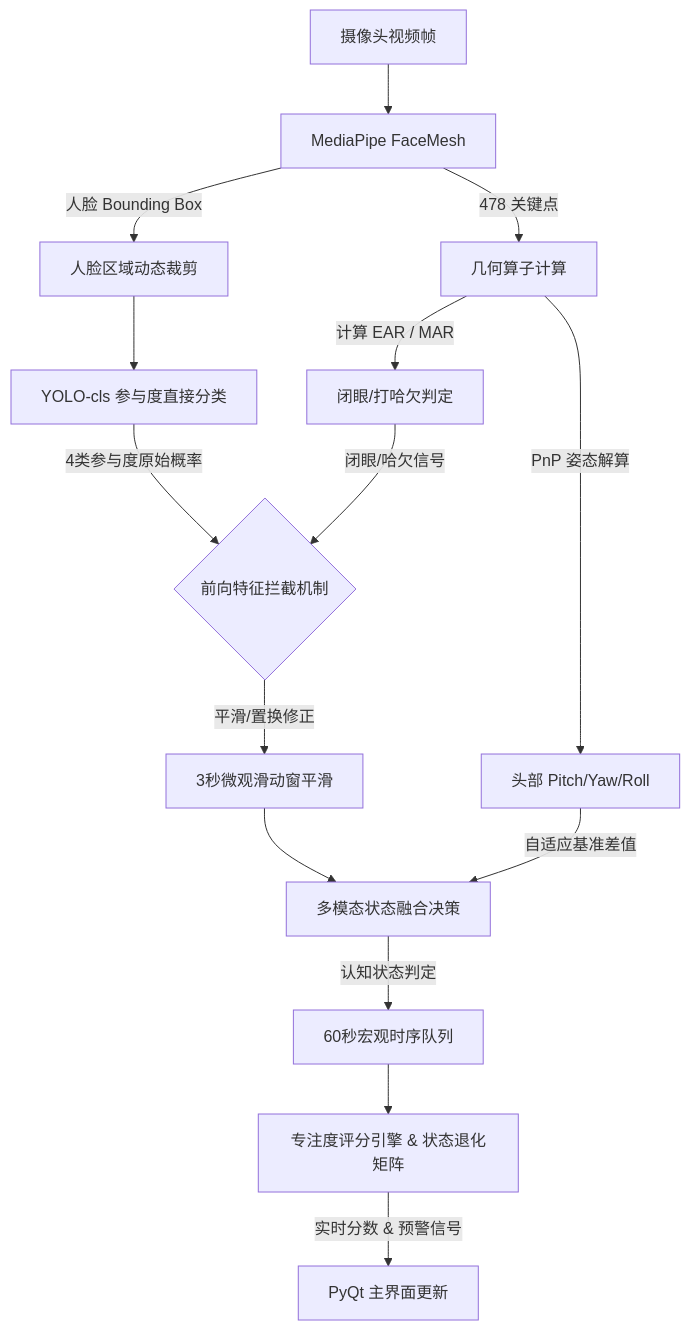
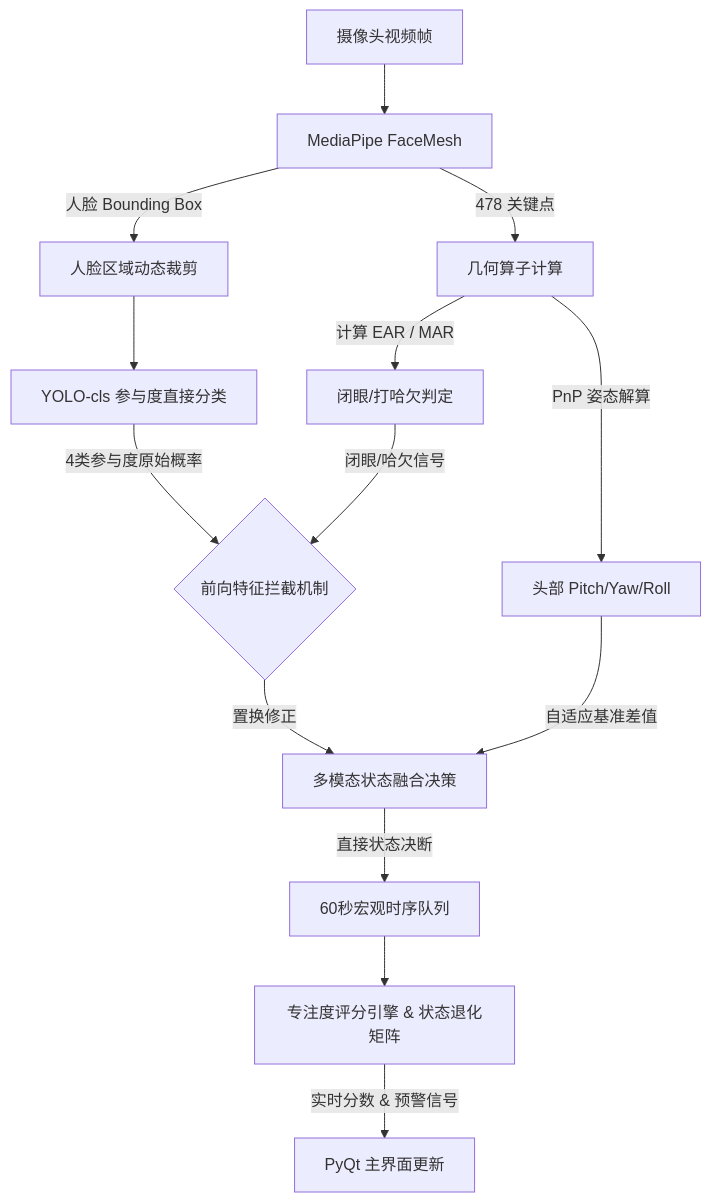
Before and after one commit to CderF/Onlineclass-student-self-analysis-: the first of 2 diagrams in README.md, drawn with Mermaid. The commit also changed other lines of this file and 1 other file, not shown here.

````diff
--- a/README.md
+++ b/README.md
@@ -48,17 +48,16 @@
 ```mermaid
 flowchart TD
     A[摄像头视频帧] --> B[MediaPipe FaceMesh]
     B -->|478 关键点| C[几何算子计算]
     C -->|计算 EAR / MAR| D[闭眼/打哈欠判定]
     C -->|PnP 姿态解算| E[头部 Pitch/Yaw/Roll]
     B -->|人脸 Bounding Box| F[人脸区域动态裁剪]
     F --> G[YOLO-cls 参与度直接分类]
     G -->|4类参与度原始概率| H{前向特征拦截机制}
     D -->|闭眼/哈欠信号| H
-    H -->|平滑/置换修正| I[3秒微观滑动窗平滑]
-    I --> J[多模态状态融合决策]
+    H -->|置换修正| J[多模态状态融合决策]
     E -->|自适应基准差值| J
-    J -->|认知状态判定| K[60秒宏观时序队列]
+    J -->|直接状态决断| K[60秒宏观时序队列]
     K --> L[专注度评分引擎 & 状态退化矩阵]
     L -->|实时分数 & 预警信号| M[PyQt 主界面更新]
 ```
````
